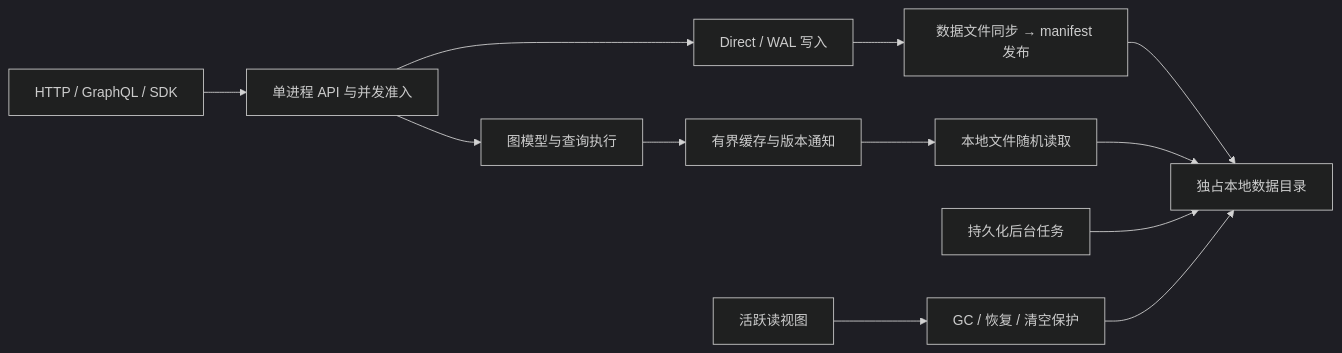
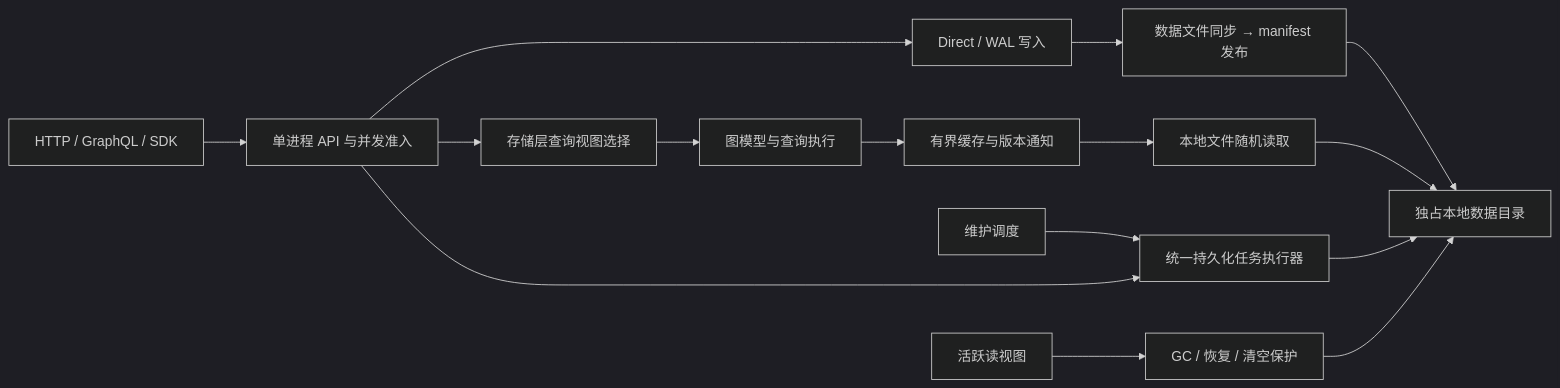
The diagram in docs/architecture.md (SamuelSupe/graphdb), drawn with Mermaid (dark theme) before and after one commit. The commit also changed other lines of this file and 141 other files, not shown here.

````diff
--- a/docs/architecture.md
+++ b/docs/architecture.md
@@ -6,14 +8,17 @@
 ```mermaid
 flowchart LR
   Client[HTTP / GraphQL / SDK] --> API[单进程 API 与并发准入]
-  API --> Graph[图模型与查询执行]
+  API --> Read[存储层查询视图选择]
+  Read --> Graph[图模型与查询执行]
   API --> Ingest[Direct / WAL 写入]
   Graph --> Cache[有界缓存与版本通知]
   Cache --> Files[本地文件随机读取]
   Ingest --> Publish[数据文件同步 → manifest 发布]
   Publish --> Disk[独占本地数据目录]
   Files --> Disk
-  Tasks[持久化后台任务] --> Disk
+  Maintenance[维护调度] --> Tasks[统一持久化任务执行器]
+  API --> Tasks
+  Tasks --> Disk
   Views[活跃读视图] --> GC[GC / 恢复 / 清空保护]
   GC --> Disk
 ```
````
